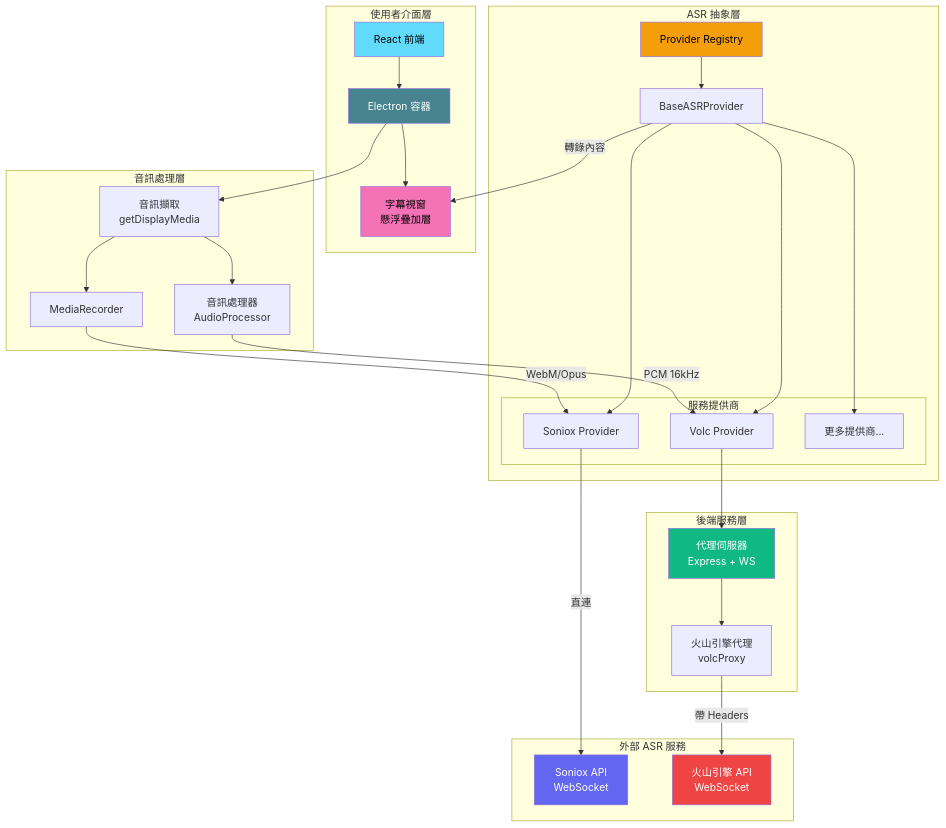
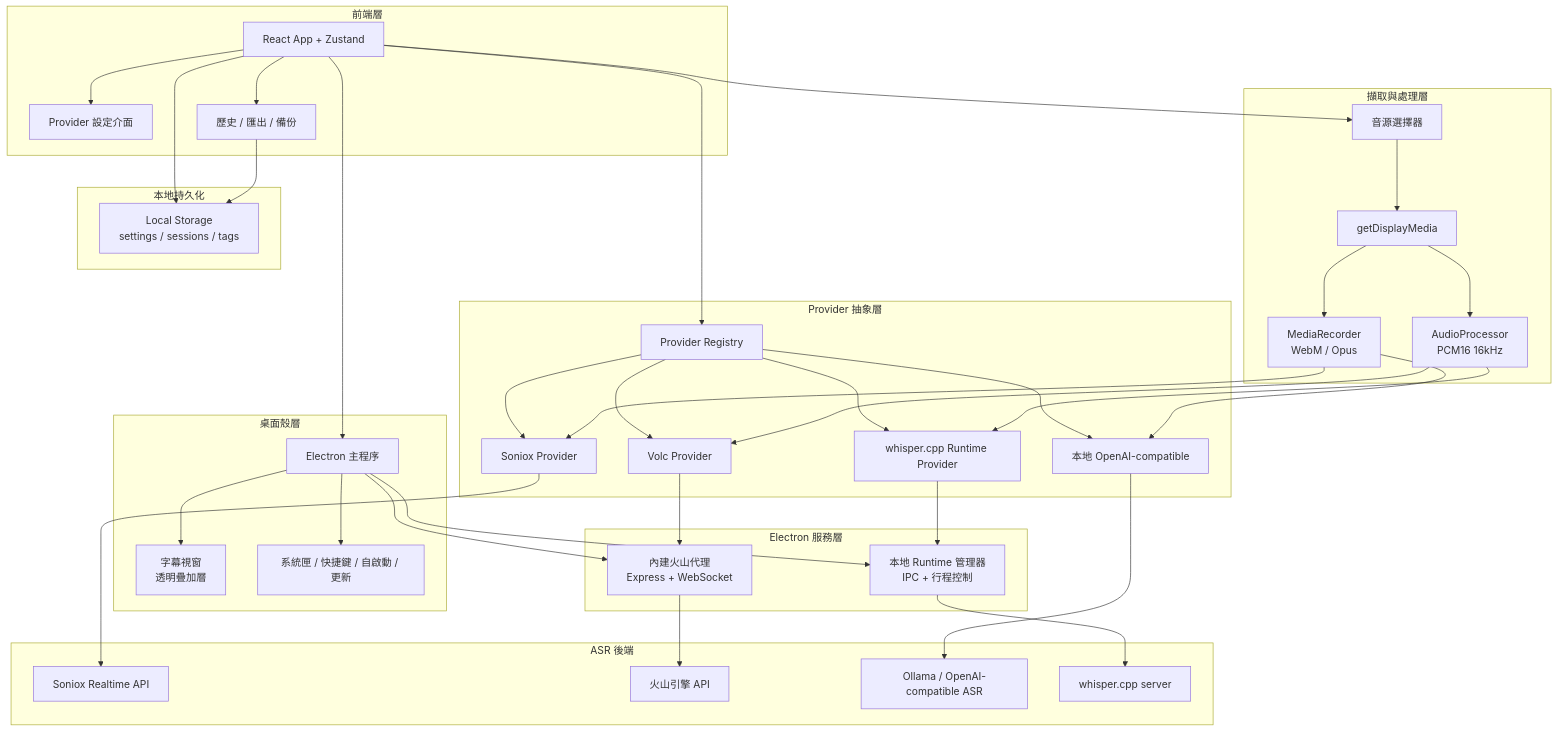
Before and after one commit to XimilalaXiang/DeLive: the diagram in README_TW.md, drawn with Mermaid. The commit also changed other lines of this file and 4 other files, not shown here.

````diff
--- a/README_TW.md
+++ b/README_TW.md
@@ -59,64 +40,78 @@
 ```mermaid
 graph TB
-    subgraph "使用者介面層"
-        UI[React 前端]
-        EC[Electron 容器]
-        CW[字幕視窗<br/>懸浮疊加層]
+    subgraph "桌面殼層"
+        EM[Electron 主程序]
+        CAP[字幕視窗<br/>透明疊加層]
+        DESK[系統匣 / 快捷鍵 / 自啟動 / 更新]
     end
-    
-    subgraph "音訊處理層"
-        AC[音訊擷取<br/>getDisplayMedia]
-        AP[音訊處理器<br/>AudioProcessor]
-        MR[MediaRecorder]
+
+    subgraph "前端層"
+        UI[React App + Zustand]
+        CFG[Provider 設定介面]
+        HIS[歷史 / 匯出 / 備份]
     end
-    
-    subgraph "ASR 抽象層"
-        PR[Provider Registry]
-        BP[BaseASRProvider]
-        
-        subgraph "服務提供商"
-            SP[Soniox Provider]
-            VP[Volc Provider]
-            MP[更多提供商...]
-        end
+
+    subgraph "擷取與處理層"
+        SRC[音源選擇器]
+        GDM[getDisplayMedia]
+        MR[MediaRecorder<br/>WebM / Opus]
+        AP[AudioProcessor<br/>PCM16 16kHz]
     end
-    
-    subgraph "後端服務層"
-        PS[代理伺服器<br/>Express + WS]
-        VC[火山引擎代理<br/>volcProxy]
+
+    subgraph "Provider 抽象層"
+        REG[Provider Registry]
+        SON[Soniox Provider]
+        VOL[Volc Provider]
+        LOA[本地 OpenAI-compatible]
+        WCP[whisper.cpp Runtime Provider]
     end
-    
-    subgraph "外部 ASR 服務"
-        SONIOX[Soniox API<br/>WebSocket]
-        VOLC[火山引擎 API<br/>WebSocket]
+
+    subgraph "Electron 服務層"
+        PROXY[內建火山代理<br/>Express + WebSocket]
+        RTM[本地 Runtime 管理器<br/>IPC + 行程控制]
     end
-    
-    UI --> EC
-    EC --> AC
-    EC --> CW
-    AC --> AP
-    AC --> MR
-    
-    AP -->|PCM 16kHz| VP
-    MR -->|WebM/Opus| SP
-    
-    PR --> BP
-    BP --> SP
-    BP --> VP
-    BP --> MP
-    
-    SP -->|直連| SONIOX
-    VP --> PS
-    PS --> VC
-    VC -->|帶 Headers| VOLC
-    
-    BP -->|轉錄內容| CW
-    
-    style UI fill:#61dafb,color:#000
-    style EC fill:#47848f,color:#fff
-    style CW fill:#f472b6,color:#000
-    style PR fill:#f59e0b,color:#000
-    style PS fill:#10b981,color:#fff
-    style SONIOX fill:#6366f1,color:#fff
-    style VOLC fill:#ef4444,color:#fff
+
+    subgraph "ASR 後端"
+        SONIOX[Soniox Realtime API]
+        VOLC[火山引擎 API]
+        OPENAI[Ollama / OpenAI-compatible ASR]
+        WHISPER[whisper.cpp server]
+    end
+
+    subgraph "本地持久化"
+        STORE[Local Storage<br/>settings / sessions / tags]
+    end
+
+    UI --> CFG
+    UI --> HIS
+    UI --> SRC
+    SRC --> GDM
+    GDM --> MR
+    GDM --> AP
+
+    UI --> REG
+    REG --> SON
+    REG --> VOL
+    REG --> LOA
+    REG --> WCP
+
+    MR --> SON
+    MR --> LOA
+    AP --> VOL
+    AP --> WCP
+
+    SON --> SONIOX
+    VOL --> PROXY
+    PROXY --> VOLC
+    LOA --> OPENAI
+    WCP --> RTM
+    RTM --> WHISPER
+
+    UI --> STORE
+    HIS --> STORE
+    UI --> EM
+    EM --> CAP
+    EM --> PROXY
+    EM --> RTM
+    EM --> DESK
 ```
````
